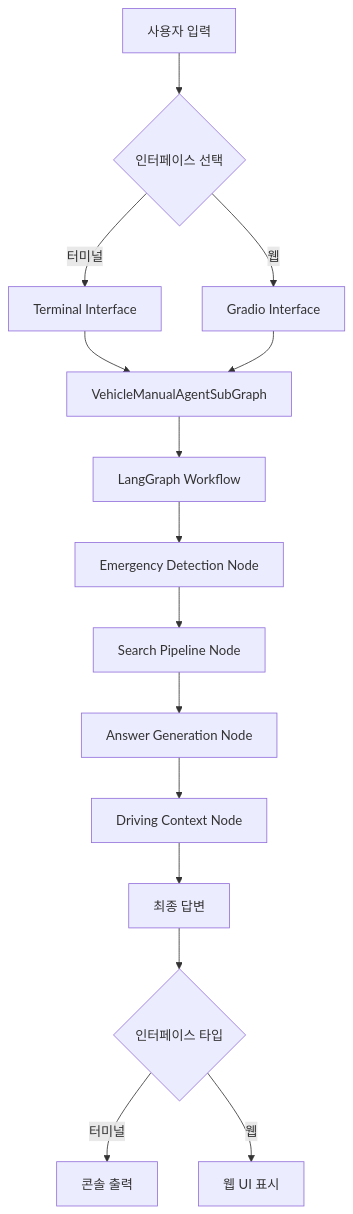
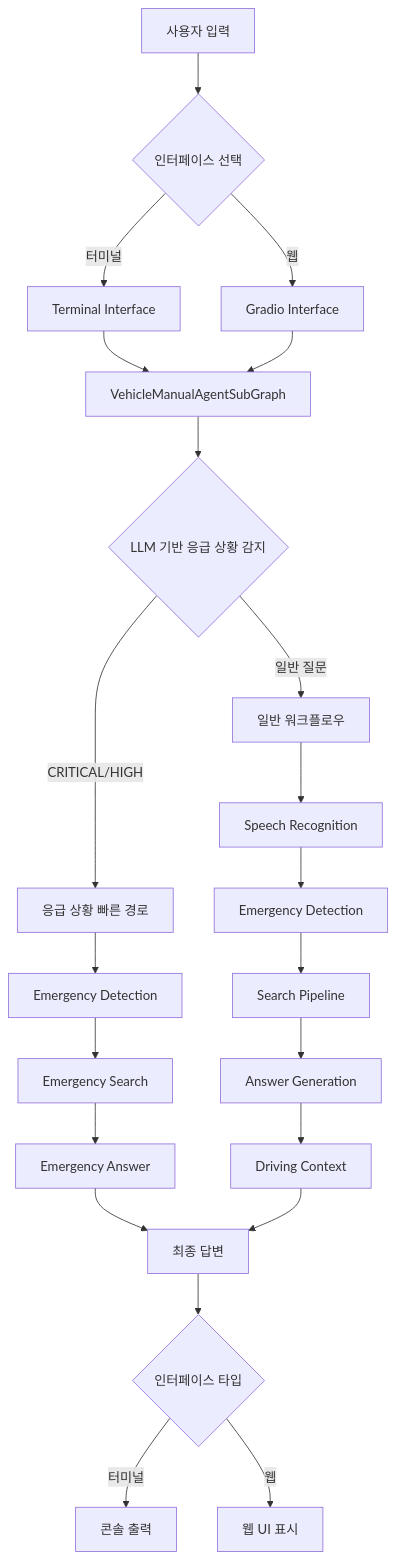
The first of 10 diagrams in vehicle_agent_flow_diagram.md (sungjikim/llm-project-vehicleManualAgent), drawn with Mermaid before and after one commit. The commit also changed other lines of this file and 7 other files, not shown here.

````diff
--- a/vehicle_agent_flow_diagram.md
+++ b/vehicle_agent_flow_diagram.md
@@ -5,21 +5,29 @@
 ```mermaid
 graph TD
     A[사용자 입력] --> B{인터페이스 선택}
     B -->|터미널| C[Terminal Interface]
     B -->|웹| D[Gradio Interface]
     
     C --> E[VehicleManualAgentSubGraph]
     D --> E
     
-    E --> F[LangGraph Workflow]
+    E --> F{LLM 기반 응급 상황 감지}
+    F -->|CRITICAL/HIGH| G[응급 상황 빠른 경로]
+    F -->|일반 질문| H[일반 워크플로우]
     
-    F --> G[Emergency Detection Node]
-    G --> H[Search Pipeline Node]
-    H --> I[Answer Generation Node]
-    I --> J[Driving Context Node]
-    J --> K[최종 답변]
+    G --> G1[Emergency Detection]
+    G1 --> G2[Emergency Search]
+    G2 --> G3[Emergency Answer]
+    G3 --> I[최종 답변]
     
-    K --> L{인터페이스 타입}
-    L -->|터미널| M[콘솔 출력]
-    L -->|웹| N[웹 UI 표시]
+    H --> H1[Speech Recognition]
+    H1 --> H2[Emergency Detection]
+    H2 --> H3[Search Pipeline]
+    H3 --> H4[Answer Generation]
+    H4 --> H5[Driving Context]
+    H5 --> I
+    
+    I --> J{인터페이스 타입}
+    J -->|터미널| K[콘솔 출력]
+    J -->|웹| L[웹 UI 표시]
 ```
````
